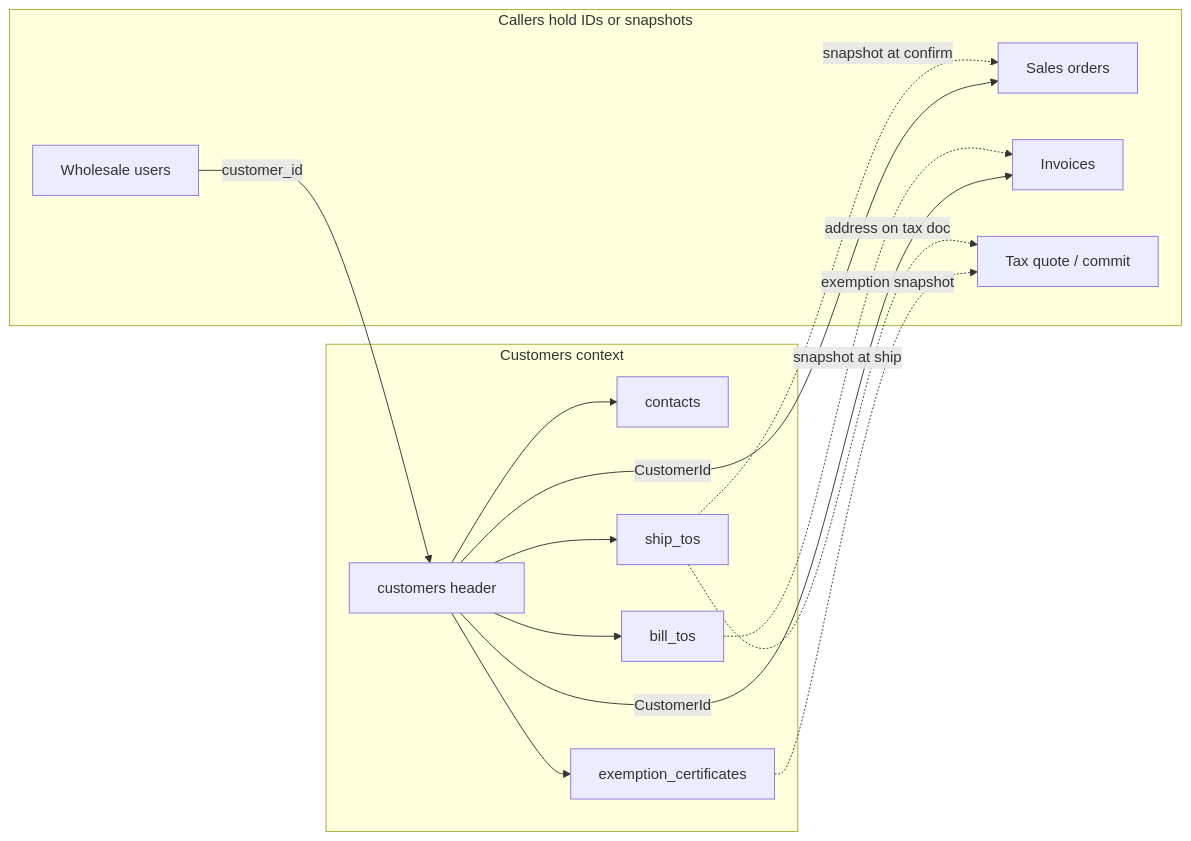
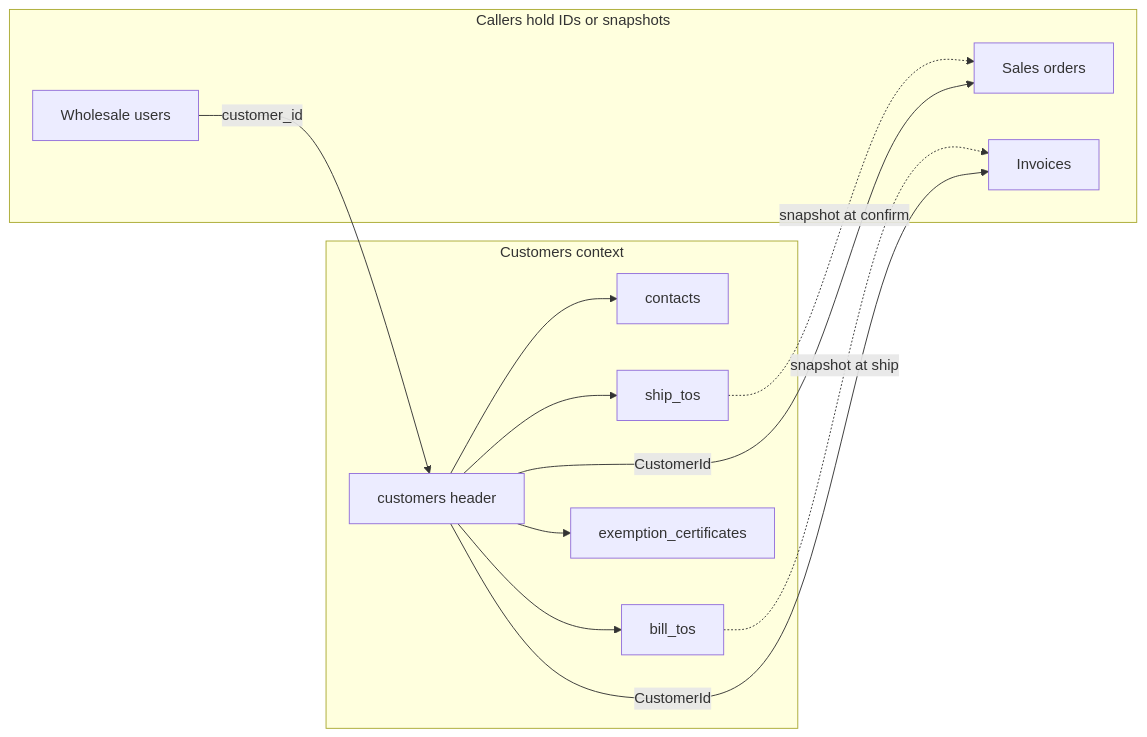
One commit to adamhinckley/dc-inventory changed the diagram in docs/customers.md. Above: the diagram before and after it, drawn with Mermaid. The commit also changed other lines of this file and 18 other files, not shown here.

````diff
--- a/docs/customers.md
+++ b/docs/customers.md
@@ -15,27 +15,24 @@
 ```mermaid
 flowchart LR
   subgraph customers [Customers context]
     Header["customers header"]
     Contacts[contacts]
     ShipTos[ship_tos]
     BillTo[bill_tos]
     Certs[exemption_certificates]
   end
   subgraph callers [Callers hold IDs or snapshots]
     Sales[Sales orders]
     Acct[Invoices]
-    Tax[Tax quote / commit]
     Identity[Wholesale users]
   end
   Header --> Contacts
   Header --> ShipTos
   Header --> BillTo
   Header --> Certs
   ShipTos -.->|snapshot at confirm| Sales
   BillTo -.->|snapshot at ship| Acct
-  ShipTos -.->|address on tax doc| Tax
-  Certs -.->|exemption snapshot| Tax
   Header -->|CustomerId| Sales
   Header -->|CustomerId| Acct
   Identity -->|customer_id| Header
 ```
````
